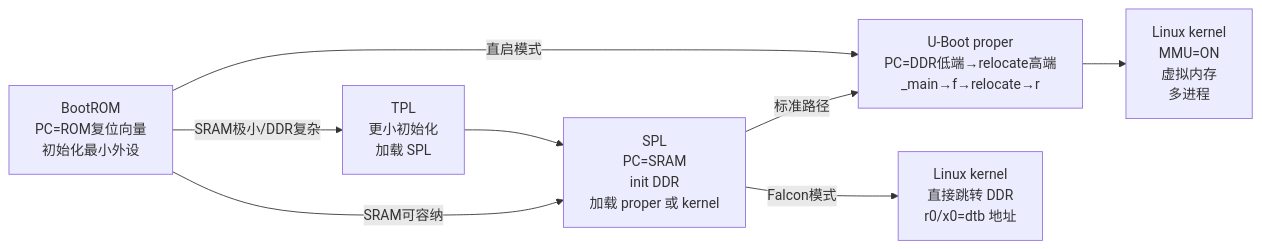
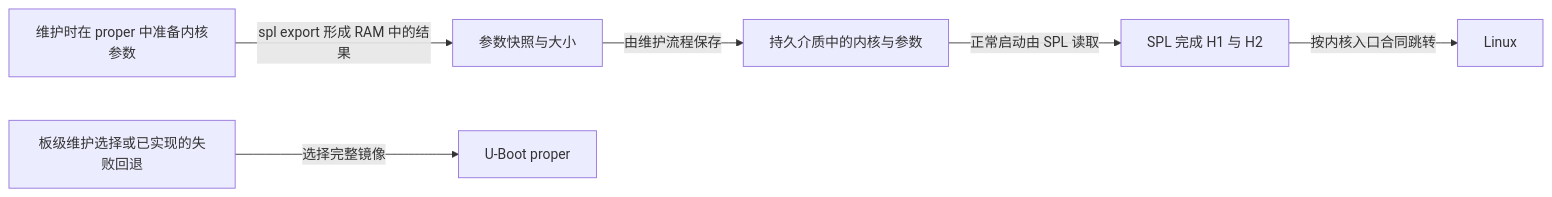
One commit to FormingSystem/linux_note changed the third of 3 diagrams in publications/books/running_linux_kernel/P04_uboot启动流程说明.md. Above: the diagram before and after it, drawn with Mermaid. The commit also changed other lines of this file and 10 other files, not shown here.

````diff
--- a/publications/books/running_linux_kernel/P04_uboot启动流程说明.md
+++ b/publications/books/running_linux_kernel/P04_uboot启动流程说明.md
@@ -779,13 +137,8 @@
 ```mermaid
 flowchart LR
-  A[BootROM<br>PC=ROM复位向量<br>初始化最小外设] -->|SRAM可容纳| B[SPL<br>PC=SRAM<br>init DDR<br>加载 proper 或 kernel]
-  A -->|SRAM极小/DDR复杂| TPL[TPL<br>更小初始化<br>加载 SPL]
-  TPL --> B
-
-  B -->|标准路径| C[U-Boot proper<br>PC=DDR低端→relocate高端<br>_main→f→relocate→r]
-  B -->|Falcon模式| K[Linux kernel<br>直接跳转 DDR<br>r0/x0=dtb 地址]
-
-  A -->|直启模式| C
-
-  C --> D[Linux kernel<br>MMU=ON<br>虚拟内存<br>多进程]
+    P[维护时在 proper 中准备内核参数] -->|spl export 形成 RAM 中的结果| R[参数快照与大小]
+    R -->|由维护流程保存| D[持久介质中的内核与参数]
+    D -->|正常启动由 SPL 读取| S[SPL 完成 H1 与 H2]
+    S -->|按内核入口合同跳转| K[Linux]
+    B[板级维护选择或已实现的失败回退] -->|选择完整镜像| U[U-Boot proper]
 ```
````
